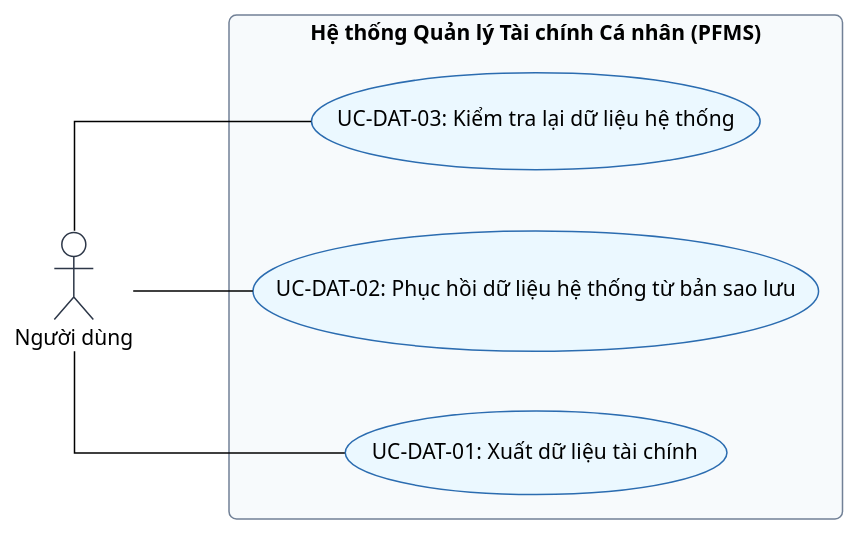
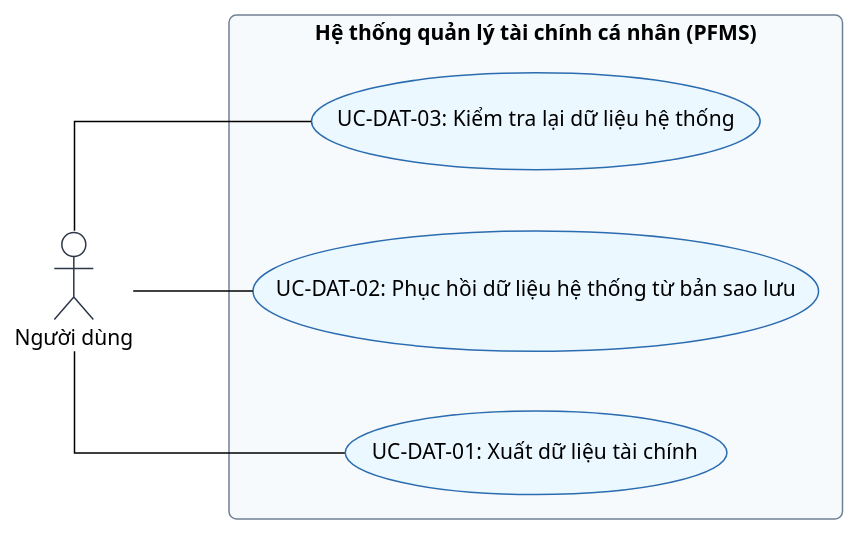
One commit to mynhleeh/pfms-oop changed the seventh of 7 diagrams in docs/software-requirement-specification/08-so-do-ca-su-dung-he-thong.md. Above: the diagram before and after it, drawn with PlantUML. The commit also changed other lines of this file and 9 other files, not shown here.

````diff
--- a/docs/software-requirement-specification/08-so-do-ca-su-dung-he-thong.md
+++ b/docs/software-requirement-specification/08-so-do-ca-su-dung-he-thong.md
@@ -297,29 +283,29 @@
 ```plantuml
 @startuml
 !theme plain
 skinparam shadowing false
 skinparam roundCorner 10
 skinparam defaultFontName "Segoe UI"
 skinparam linetype ortho
 skinparam nodesep 40
 skinparam ranksep 80
 skinparam actorBorderColor #2D3748
 skinparam usecaseBorderColor #2B6CB0
 skinparam usecaseBackgroundColor #EBF8FF
 skinparam rectangleBorderColor #718096
 skinparam rectangleBackgroundColor #F7FAFC
 left to right direction
 
 actor "Người dùng" as Owner
 
-rectangle "Hệ thống Quản lý Tài chính Cá nhân (PFMS)" {
-    usecase "UC-DAT-03: Kiểm tra lại dữ liệu hệ thống" as UC_DAT_03
-    usecase "UC-DAT-02: Phục hồi dữ liệu hệ thống từ bản sao lưu" as UC_DAT_02
-    usecase "UC-DAT-01: Xuất dữ liệu tài chính" as UC_DAT_01
+rectangle "Hệ thống quản lý tài chính cá nhân (PFMS)" {
+usecase "UC-DAT-03: Kiểm tra lại dữ liệu hệ thống" as UC_DAT_03
+usecase "UC-DAT-02: Phục hồi dữ liệu hệ thống từ bản sao lưu" as UC_DAT_02
+usecase "UC-DAT-01: Xuất dữ liệu tài chính" as UC_DAT_01
 }
 
 Owner -- UC_DAT_01
 Owner -- UC_DAT_02
 Owner -- UC_DAT_03
 @enduml
 ```
````
